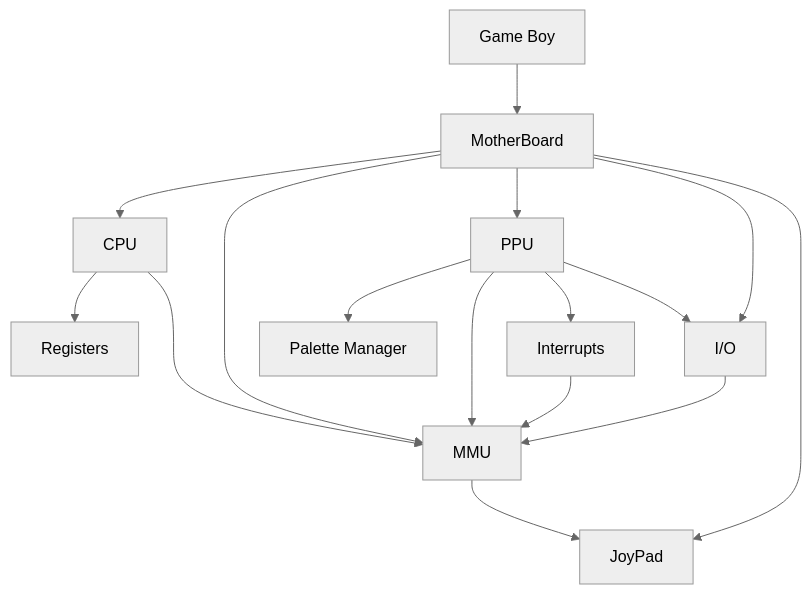
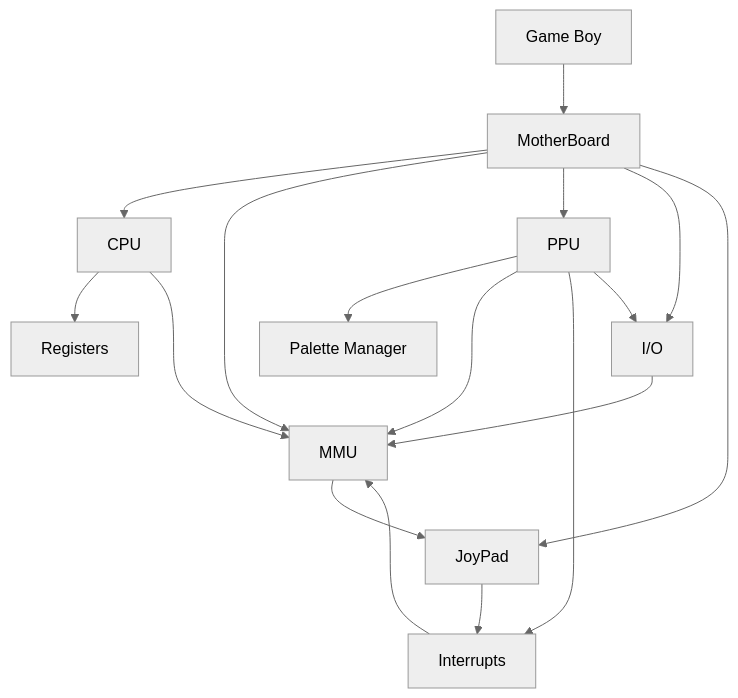
The diagram in src/packages/GBKit/README.md (MarcAlx/gb), drawn with Mermaid (neutral theme) before and after one commit. The commit also changed 2 other files, not shown here.

Commit message:
[improve] trigger joypad interrupt

````diff
--- a/src/packages/GBKit/README.md
+++ b/src/packages/GBKit/README.md
@@ -9,35 +9,36 @@
 ```mermaid
 graph TB;
   GB[Game Boy]
   MB[MotherBoard]
   CPU[CPU]
   MMU[MMU]
   IO[I/O]
   JOY[JoyPad]
   R[Registers]
   INT[Interrupts]
   PM[Palette Manager]
 
   GB --> MB;
 
   MB --> CPU;
   MB --> MMU;
   MB --> PPU;
   MB --> IO;
   MB --> JOY;
 
   INT --> MMU;
 
   CPU --> R;
   CPU ---> MMU;
 
   PPU --> PM;
   PPU --> MMU;
   PPU --> INT;
   PPU --> IO;
 
   IO --> MMU;
   
   MMU --> JOY
+  JOY --> INT
   
 ```
````
